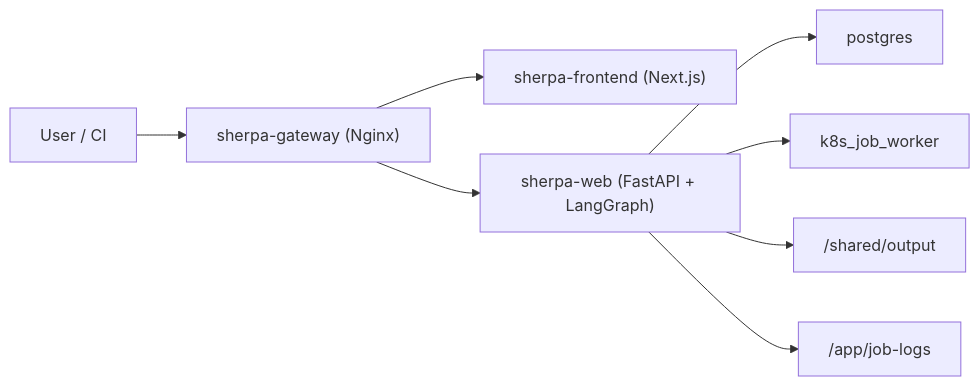
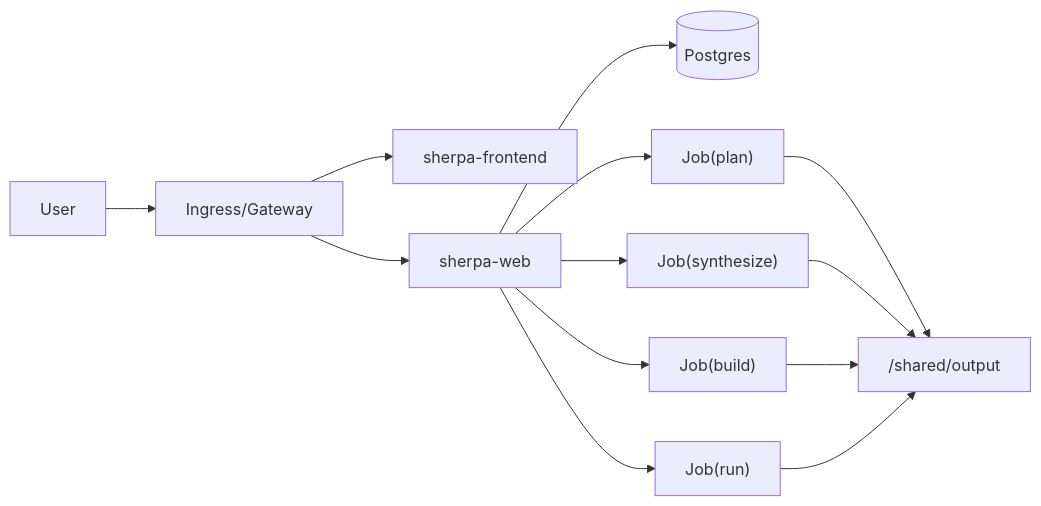
One commit to ZUENS2020/Sherpa changed the diagram in docs/PROJECT_HANDOFF_STATUS.md. Above: the diagram before and after it, drawn with Mermaid. The commit also changed other lines of this file and 2 other files, not shown here.

````diff
--- a/docs/PROJECT_HANDOFF_STATUS.md
+++ b/docs/PROJECT_HANDOFF_STATUS.md
@@ -29,10 +17,15 @@
 ```mermaid
 flowchart LR
-  U["User / CI"] --> GW["sherpa-gateway (Nginx)"]
-  GW --> FE["sherpa-frontend (Next.js)"]
-  GW --> WEB["sherpa-web (FastAPI + LangGraph)"]
-  WEB --> DB["postgres"]
-  WEB --> WJ["k8s_job_worker"]
-  WEB --> OUT["/shared/output"]
-  WEB --> LOG["/app/job-logs"]
+  U["User"] --> G["Ingress/Gateway"]
+  G --> FE["sherpa-frontend"]
+  G --> API["sherpa-web"]
+  API --> DB[(Postgres)]
+  API --> J1["Job(plan)"]
+  API --> J2["Job(synthesize)"]
+  API --> J3["Job(build)"]
+  API --> J4["Job(run)"]
+  J1 --> OUT["/shared/output"]
+  J2 --> OUT
+  J3 --> OUT
+  J4 --> OUT
 ```
````
